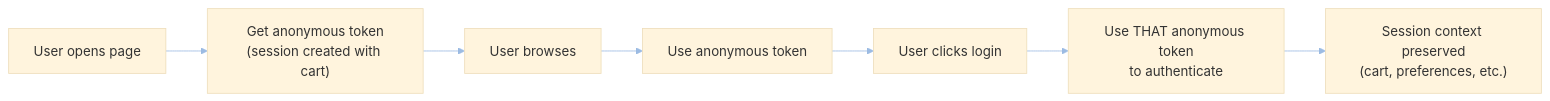
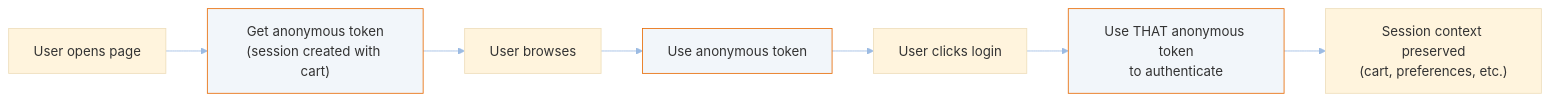
The diagram in quickstart/emporix-sdk.md (emporix/api-references), drawn with Mermaid before and after one commit. The commit also changed other lines of this file, not shown here.

````diff
--- a/quickstart/emporix-sdk.md
+++ b/quickstart/emporix-sdk.md
@@ -735,21 +735,25 @@
 ```mermaid fullWidth="false"
 ---
 config:
   layout: fixed
   theme: base
   look: classic
   themeVariables:
     background: transparent
     lineColor: "#9CBBE3"
     arrowheadColor: "#9CBBE3"
     edgeLabelBackground: "#FFC128" 
     edgeLabelTextColor: "#4C5359"
 ---
 flowchart LR
     A["User opens page"] --> B["Get anonymous token<br/>(session created with cart)"]
     B --> C["User browses"]
     C --> D["Use anonymous token"]
     D --> E["User clicks login"]
     E --> F["Use THAT anonymous token<br/>to authenticate"]
     F --> G["Session context preserved<br/>(cart, preferences, etc.)"]
+    B:::TokenNode
+    D:::TokenNode
+    F:::TokenNode
+    classDef TokenNode fill:#F2F6FA, stroke:#E86C07
 ```
````
